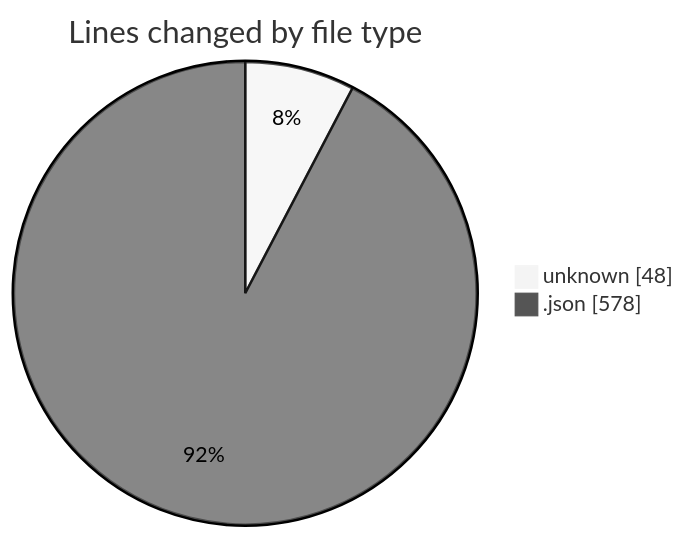
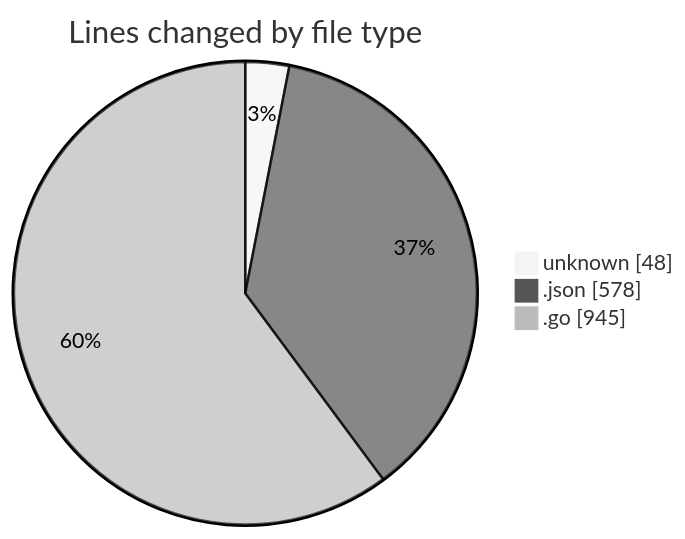
One commit to EIIisD/code-tracking changed the first of 2 diagrams in 2025-07-12/cursor-openrouter-proxy/README.md. Above: the diagram before and after it, drawn with Mermaid (neutral theme). The commit also changed other lines of this file and 1 other file, not shown here.

````diff
--- a/2025-07-12/cursor-openrouter-proxy/README.md
+++ b/2025-07-12/cursor-openrouter-proxy/README.md
@@ -21,6 +22,7 @@
 ```mermaid
 pie showData
 title Lines changed by file type
 "unknown" : 48
 ".json" : 578
+".go" : 945
 ```
````
